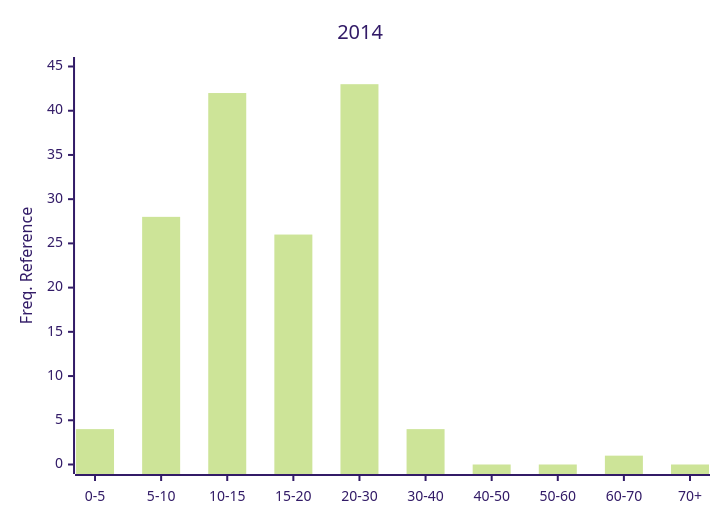
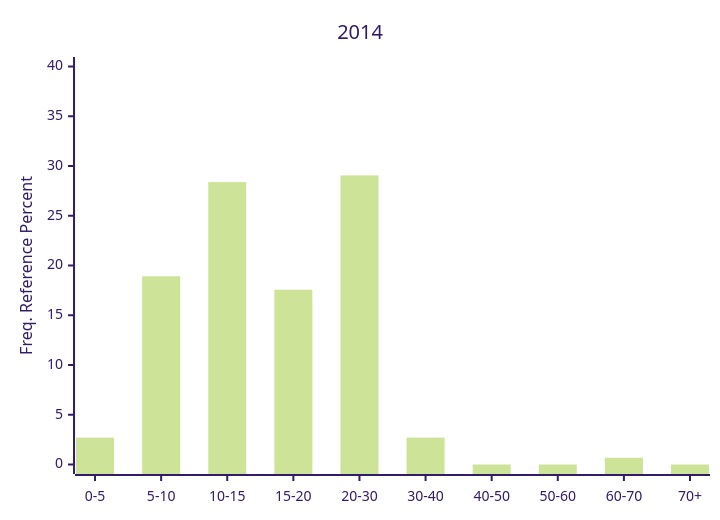
Before and after one commit to Nemus-Project/fair-nime-2026: diagram 17 of 28 in README.md, drawn with Mermaid (forest theme). The commit also changed other lines of this file, not shown here.

````diff
--- a/README.md
+++ b/README.md
@@ -595,7 +596,7 @@
 ```mermaid
 xychart-beta
     title "2014"
     x-axis ["0-5", "5-10", "10-15", "15-20", "20-30", "30-40", "40-50", "50-60", "60-70", "70+"]
-    y-axis "Freq. Reference" 0 --> 45
-    bar [4, 28, 42, 26, 43, 4, 0, 0, 1, 0]
+    y-axis "Freq. Reference Percent" 0 --> 40
+    bar [2.7027027027027026, 18.91891891891892, 28.37837837837838, 17.56756756756757, 29.054054054054053, 2.7027027027027026, 0.0, 0.0, 0.6756756756756757, 0.0]
 ```    
````
